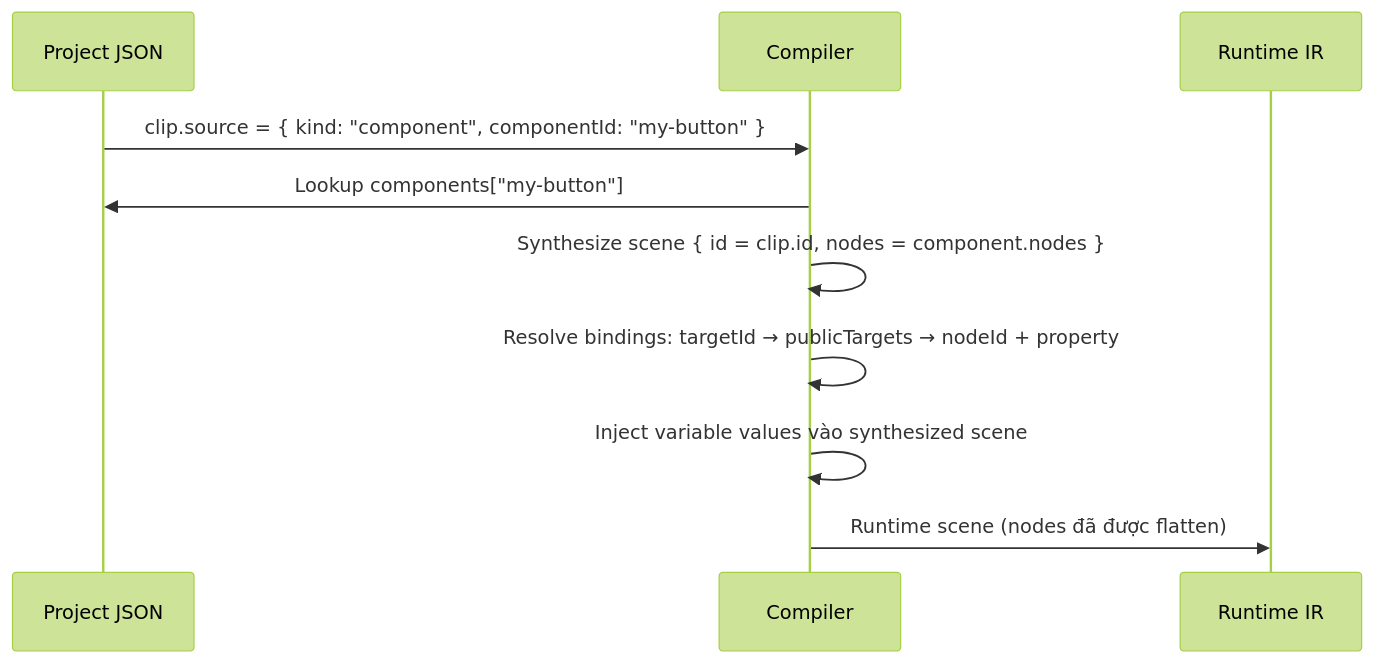
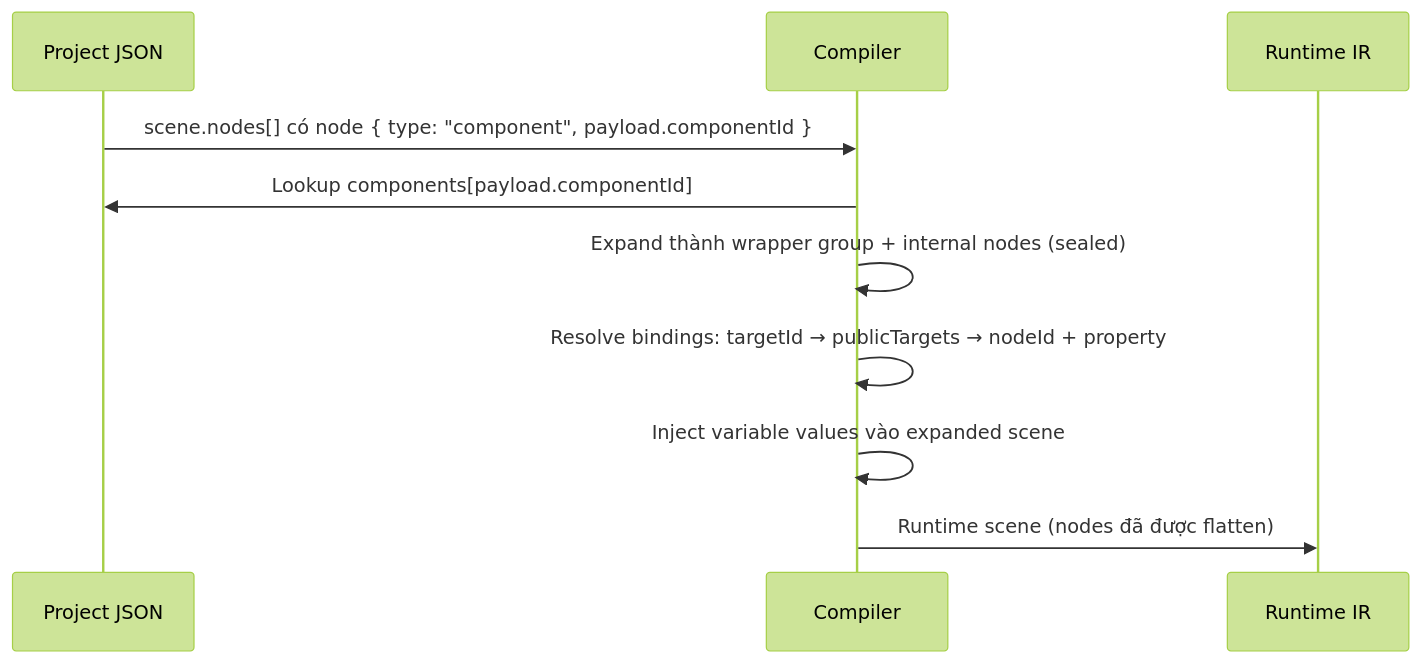
The second of 3 diagrams in docs/guide/v3-component-guide.md (mankhb2k/neonix-native), drawn with Mermaid (forest theme) before and after one commit. The commit also changed other lines of this file and 22 other files, not shown here.

First line of the commit message:
feat(protocol): scene-only timeline + component-as-node layer refactor

````diff
--- a/docs/guide/v3-component-guide.md
+++ b/docs/guide/v3-component-guide.md
@@ -485,13 +511,13 @@
 ```mermaid
 sequenceDiagram
     participant P as Project JSON
     participant C as Compiler
     participant R as Runtime IR
 
-    P->>C: clip.source = { kind: "component", componentId: "my-button" }
-    C->>P: Lookup components["my-button"]
-    C->>C: Synthesize scene { id = clip.id, nodes = component.nodes }
+    P->>C: scene.nodes[] có node { type: "component", payload.componentId }
+    C->>P: Lookup components[payload.componentId]
+    C->>C: Expand thành wrapper group + internal nodes (sealed)
     C->>C: Resolve bindings: targetId → publicTargets → nodeId + property
-    C->>C: Inject variable values vào synthesized scene
+    C->>C: Inject variable values vào expanded scene
     C->>R: Runtime scene (nodes đã được flatten)
 ```
````
